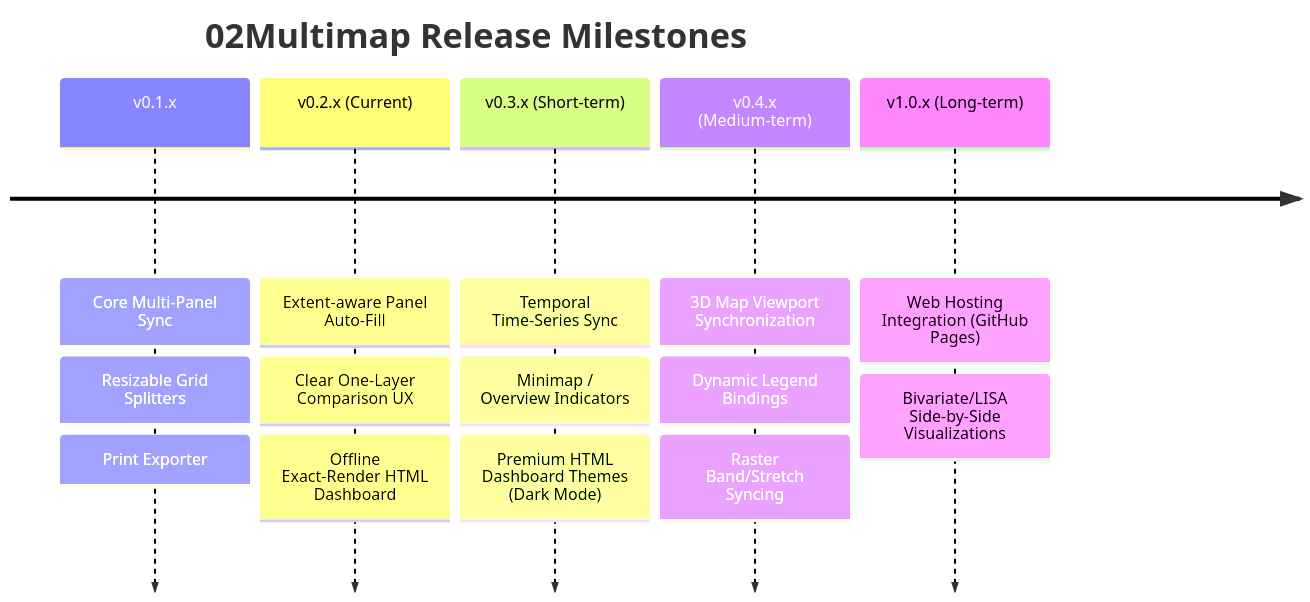
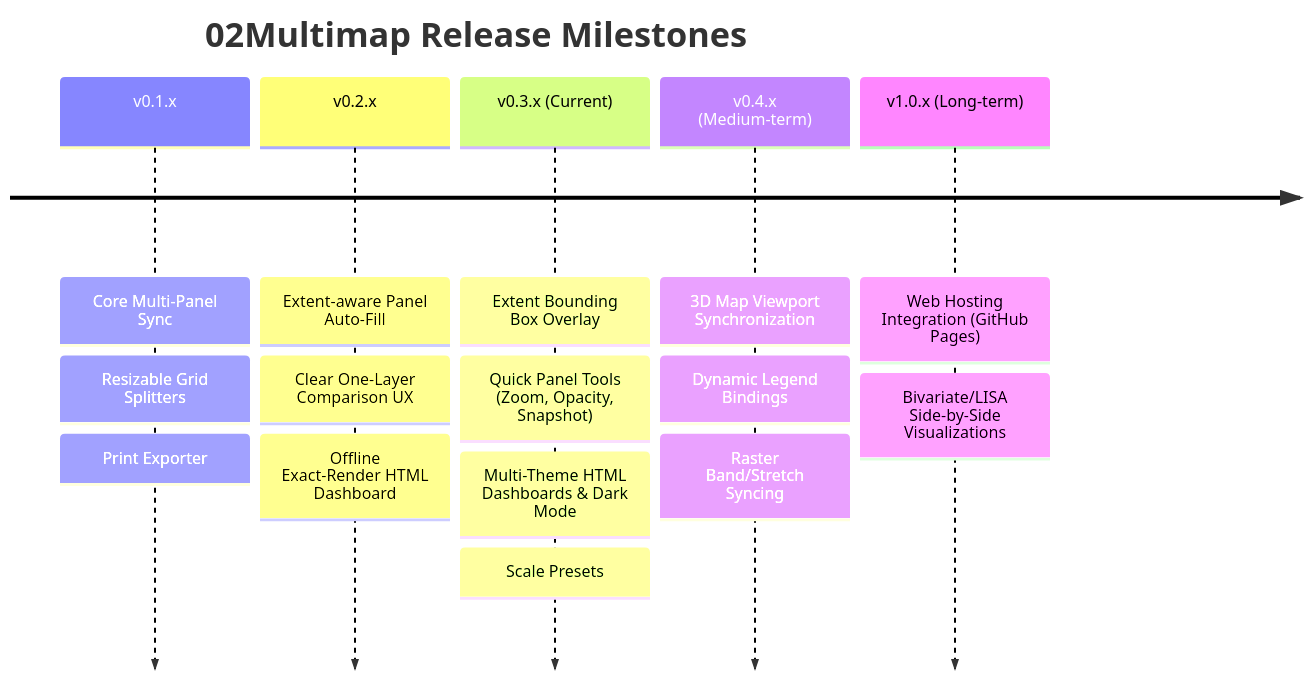
One commit to YusufEminoglu/zero2multimap changed the diagram in ROADMAP.md. Above: the diagram before and after it, drawn with Mermaid. The commit also changed 7 other files, not shown here.

Commit message:
Release v0.4.0: Measurement tool, multi-layer rendering engine, and micro-legend overlays

````diff
--- a/ROADMAP.md
+++ b/ROADMAP.md
@@ -9,9 +9,9 @@
 ```mermaid
 timeline
     title 02Multimap Release Milestones
     v0.1.x : Core Multi-Panel Sync : Resizable Grid Splitters : Print Exporter
-    v0.2.x (Current) : Extent-aware Panel Auto-Fill : Clear One-Layer Comparison UX : Offline Exact-Render HTML Dashboard
-    v0.3.x (Short-term) : Temporal Time-Series Sync : Minimap / Overview Indicators : Premium HTML Dashboard Themes (Dark Mode)
+    v0.2.x : Extent-aware Panel Auto-Fill : Clear One-Layer Comparison UX : Offline Exact-Render HTML Dashboard
+    v0.3.x (Current) : Extent Bounding Box Overlay : Quick Panel Tools (Zoom, Opacity, Snapshot) : Multi-Theme HTML Dashboards & Dark Mode : Scale Presets
     v0.4.x (Medium-term) : 3D Map Viewport Synchronization : Dynamic Legend Bindings : Raster Band/Stretch Syncing
     v1.0.x (Long-term) : Web Hosting Integration (GitHub Pages) : Bivariate/LISA Side-by-Side Visualizations
 ```
````
